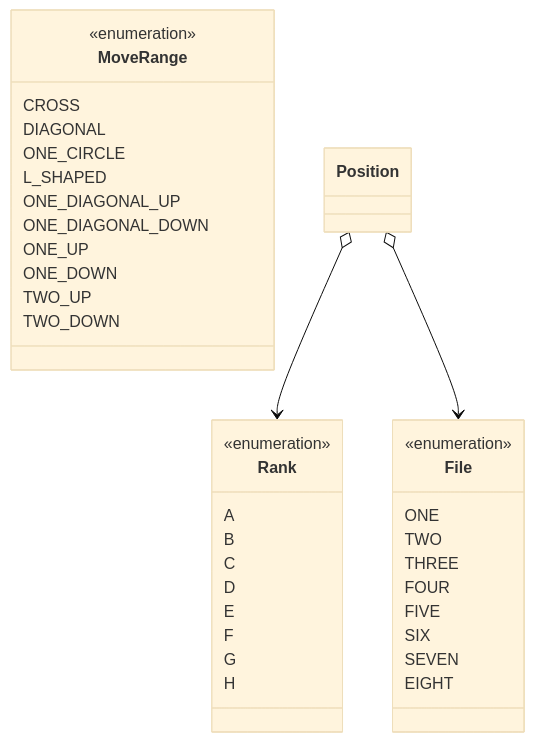
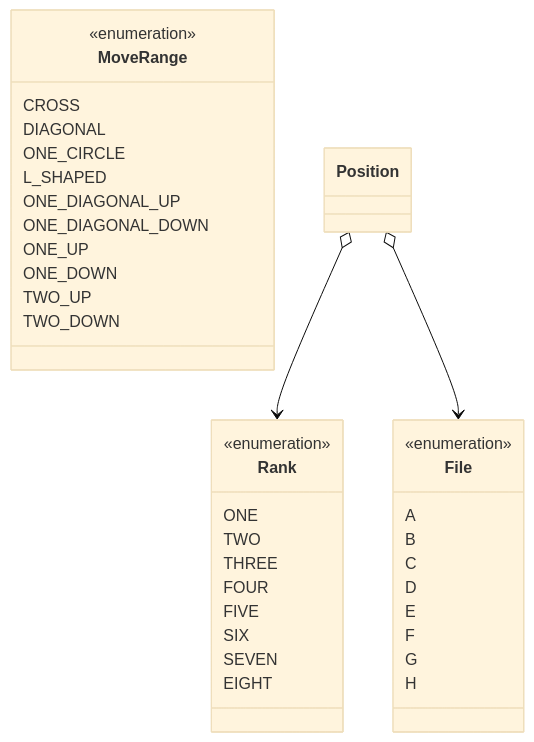
Before and after one commit to woowacourse/java-chess: the fifth of 6 diagrams in docs/README.md, drawn with Mermaid (base theme). The commit also changed other lines of this file and 19 other files, not shown here.

````diff
--- a/docs/README.md
+++ b/docs/README.md
@@ -309,48 +309,48 @@
 ```mermaid
 classDiagram
 
 Position
 
-class Rank{
+class File{
     <<enumeration>>
     A
     B
     C
     D
     E
     F
     G
     H
 }
 
-class File{
+class Rank{
     <<enumeration>>
     ONE
     TWO
     THREE
     FOUR
     FIVE
     SIX
     SEVEN
     EIGHT
 }
 class MoveRange{
     <<enumeration>>
     CROSS
     DIAGONAL
     ONE_CIRCLE
     L_SHAPED
     ONE_DIAGONAL_UP
     ONE_DIAGONAL_DOWN
     ONE_UP
     ONE_DOWN
     TWO_UP
     TWO_DOWN
 }
 
 
 Position o--> Rank
 Position o--> File
 
 
 ```
````
